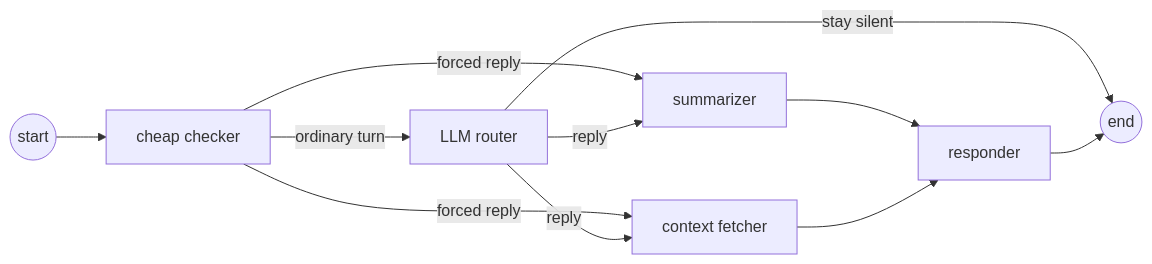
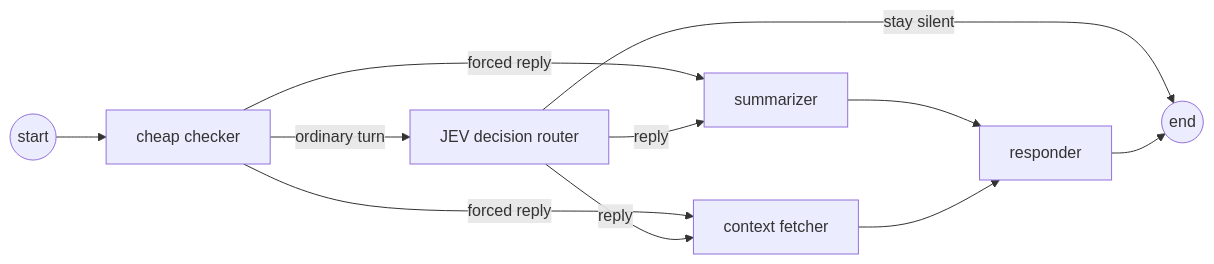
The second of 2 diagrams in README.md (GeneralR3d/Rachel), drawn with Mermaid before and after one commit. The commit also changed other lines of this file and 9 other files, not shown here.

Commit message:
feat: jev for router node. CURL. Awaits future SDK support.

````diff
--- a/README.md
+++ b/README.md
@@ -106,13 +106,13 @@
 ```mermaid
 flowchart LR
     S((start)) --> C[cheap checker]
     C -->|forced reply| SUM[summarizer]
     C -->|forced reply| CTX[context fetcher]
-    C -->|ordinary turn| R[LLM router]
+    C -->|ordinary turn| R[JEV decision router]
     R -->|stay silent| E((end))
     R -->|reply| SUM
     R -->|reply| CTX
     SUM --> RESP[responder]
     CTX --> RESP
     RESP --> E
 ```
````
